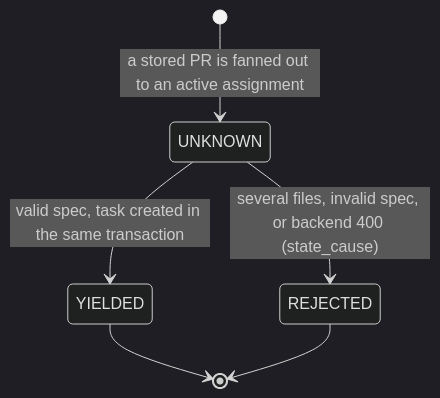
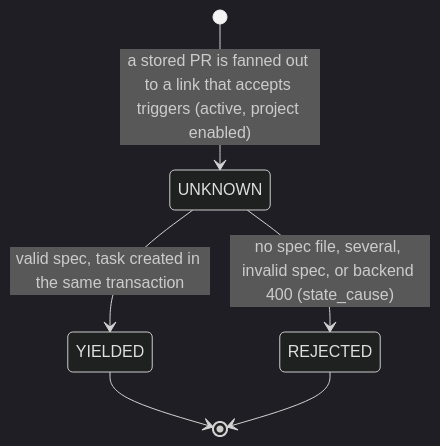
Before and after one commit to Aridhia-Open-Source/PHEMS_federated_node: the third of 5 diagrams in docs/architecture/entities.md, drawn with Mermaid (dark theme). The commit also changed other lines of this file and 17 other files, not shown here.

````diff
--- a/docs/architecture/entities.md
+++ b/docs/architecture/entities.md
@@ -250,8 +250,8 @@
 ```mermaid
 stateDiagram-v2
-    [*] --> UNKNOWN : a stored PR is fanned out to an active assignment
+    [*] --> UNKNOWN : a stored PR is fanned out to a link that accepts triggers (active, project enabled)
     UNKNOWN --> YIELDED : valid spec, task created in the same transaction
-    UNKNOWN --> REJECTED : several files, invalid spec, or backend 400 (state_cause)
+    UNKNOWN --> REJECTED : no spec file, several, invalid spec, or backend 400 (state_cause)
     YIELDED --> [*]
     REJECTED --> [*]
 ```
````
